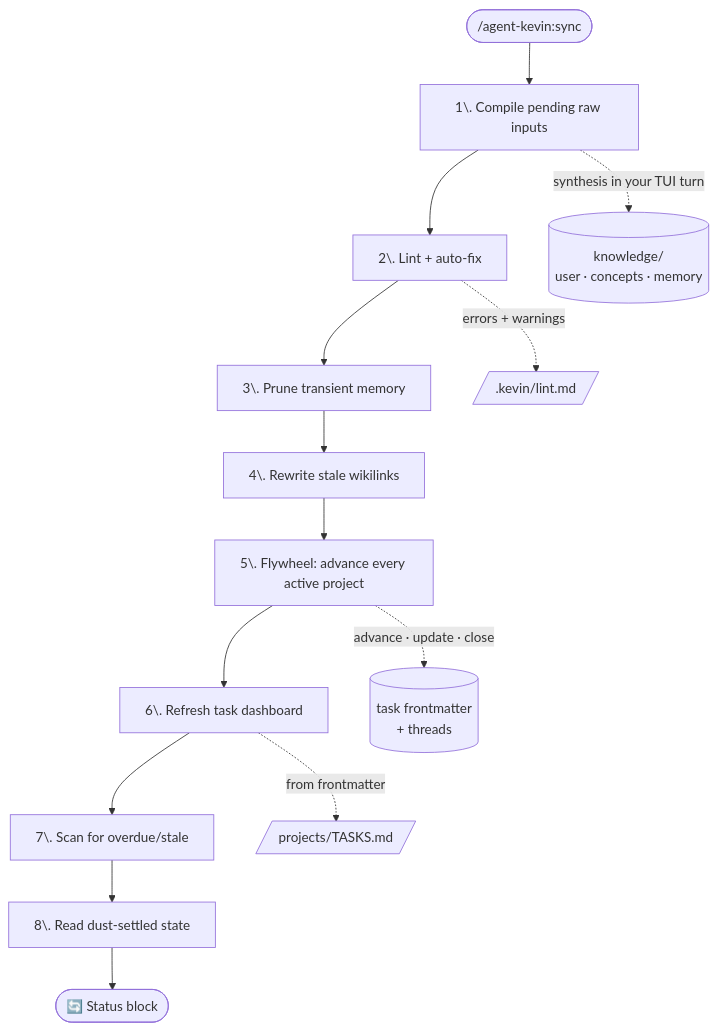
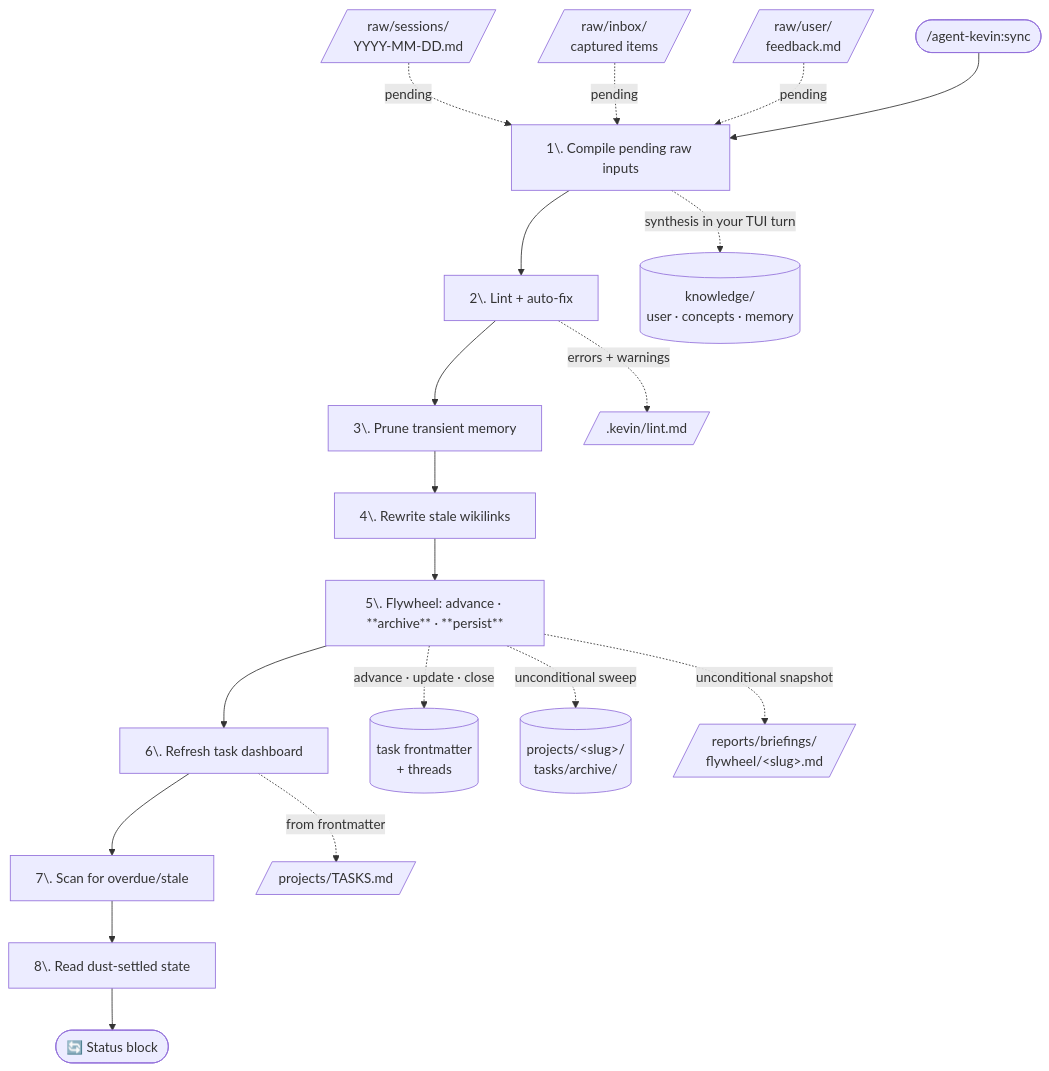
One commit to eskimotherapy/agent-kevin changed the third of 5 diagrams in README.md. Above: the diagram before and after it, drawn with Mermaid. The commit also changed other lines of this file and 1 other file, not shown here.

Commit message:
Ensure flywheel part of sync and update readme

````diff
--- a/README.md
+++ b/README.md
@@ -257,17 +257,23 @@
 ```mermaid
 flowchart TD
+    SES[/raw/sessions/<br/>YYYY-MM-DD.md/] -.pending.-> C1
+    INB[/raw/inbox/<br/>captured items/] -.pending.-> C1
+    FB[/raw/user/<br/>feedback.md/] -.pending.-> C1
+
     START([/agent-kevin:sync]) --> C1[1\. Compile pending raw inputs]
     C1 --> C2[2\. Lint + auto-fix]
     C2 --> C3[3\. Prune transient memory]
     C3 --> C4[4\. Rewrite stale wikilinks]
-    C4 --> C5[5\. Flywheel: advance every active project]
+    C4 --> C5[5\. Flywheel: advance · **archive** · **persist**]
     C5 --> C6[6\. Refresh task dashboard]
     C6 --> C7[7\. Scan for overdue/stale]
     C7 --> C8[8\. Read dust-settled state]
     C8 --> OUT([🔄 Status block])
 
     C1 -.synthesis in your TUI turn.-> WIKI[(knowledge/<br/>user · concepts · memory)]
     C2 -.errors + warnings.-> LINT[/.kevin/lint.md/]
     C5 -.advance · update · close.-> TASKMUT[(task frontmatter<br/>+ threads)]
+    C5 -.unconditional sweep.-> ARCHIVE[(projects/&lt;slug&gt;/<br/>tasks/archive/)]
+    C5 -.unconditional snapshot.-> FLYREP[/reports/briefings/<br/>flywheel/&lt;slug&gt;.md/]
     C6 -.from frontmatter.-> TASKS[/projects/TASKS.md/]
 ```
````
